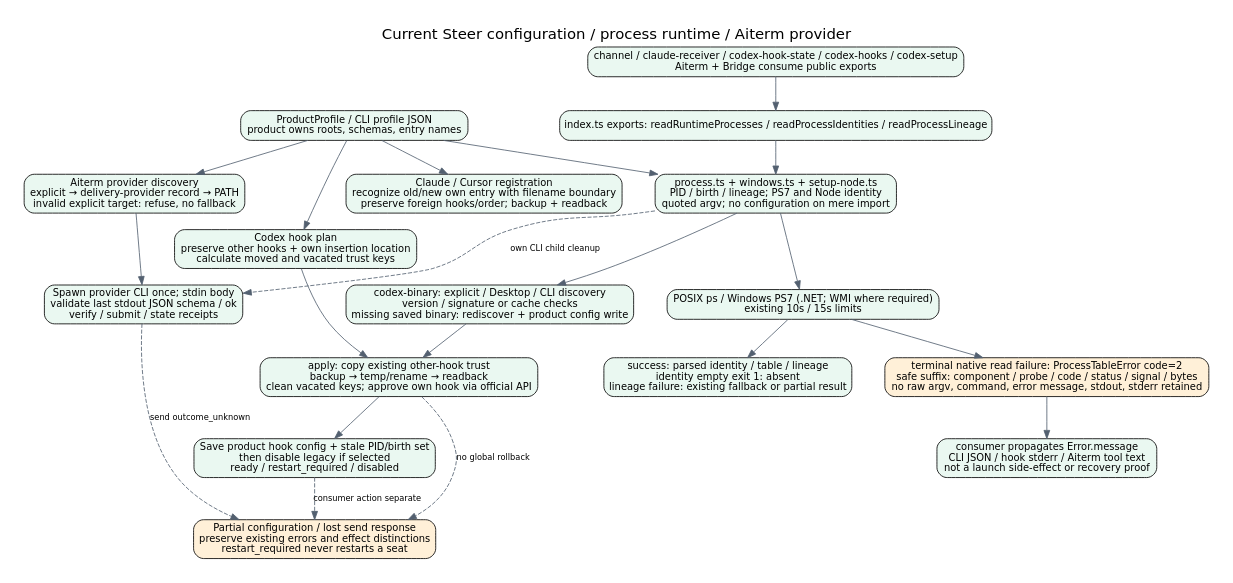
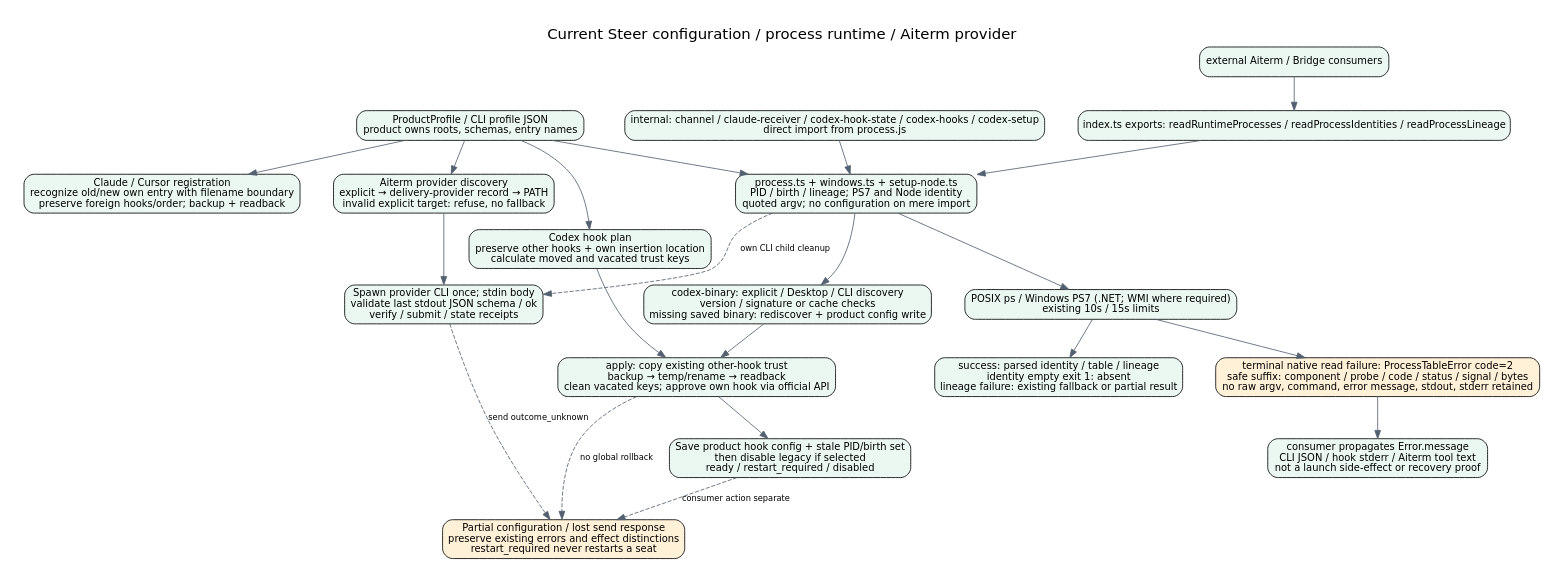
The diagram in docs/architecture/steer-setup-runtime.dot (kitepon/aiterm-steer-delivery), drawn with Graphviz before and after one commit. The commit also changed 6 other files, not shown here.

Commit message:
Correct process caller diagram and bind final verification [skip ci]

```diff
--- a/docs/architecture/steer-setup-runtime.dot
+++ b/docs/architecture/steer-setup-runtime.dot
@@ -1,33 +1,34 @@
 digraph setup {
  graph [rankdir=TB,bgcolor="white",pad=0.3,nodesep=0.55,ranksep=0.55,label="Current Steer configuration / process runtime / Aiterm provider",labelloc=t,fontname="DejaVu Sans",fontsize=18];
  node [shape=box,style="rounded,filled",fillcolor="#eaf8f1",fontname="DejaVu Sans",fontsize=12];
  edge [fontname="DejaVu Sans",fontsize=10,color="#536070"];
  profile [label="ProductProfile / CLI profile JSON\nproduct owns roots, schemas, entry names"];
  process [label="process.ts + windows.ts + setup-node.ts\nPID / birth / lineage; PS7 and Node identity\nquoted argv; no configuration on mere import"];
  binary [label="codex-binary: explicit / Desktop / CLI discovery\nversion / signature or cache checks\nmissing saved binary: rediscover + product config write"];
  plan [label="Codex hook plan\npreserve other hooks + own insertion location\ncalculate moved and vacated trust keys"];
  apply [label="apply: copy existing other-hook trust\nbackup → temp/rename → readback\nclean vacated keys; approve own hook via official API"];
  saved [label="Save product hook config + stale PID/birth set\nthen disable legacy if selected\nready / restart_required / disabled"];
  cc [label="Claude / Cursor registration\nrecognize old/new own entry with filename boundary\npreserve foreign hooks/order; backup + readback"];
  provider [label="Aiterm provider discovery\nexplicit → delivery-provider record → PATH\ninvalid explicit target: refuse, no fallback"];
  call [label="Spawn provider CLI once; stdin body\nvalidate last stdout JSON schema / ok\nverify / submit / state receipts"];
  unknown [label="Partial configuration / lost send response\npreserve existing errors and effect distinctions\nrestart_required never restarts a seat",fillcolor="#fff0d8"];
  profile -> process;profile -> plan;process -> binary;binary -> apply;plan -> apply;apply -> saved;profile -> cc;
  profile -> provider;provider -> call;process -> call [style=dashed,label="own CLI child cleanup"];
  apply -> unknown [style=dashed,label="no global rollback"];call -> unknown [style=dashed,label="send outcome_unknown"];saved -> unknown [style=dashed,label="consumer action separate"];
  entry [label="index.ts exports: readRuntimeProcesses / readProcessIdentities / readProcessLineage"];
- caller [label="channel / claude-receiver / codex-hook-state / codex-hooks / codex-setup
-Aiterm + Bridge consume public exports"];
+ caller [label="internal: channel / claude-receiver / codex-hook-state / codex-hooks / codex-setup
+direct import from process.js"];
  os [label="POSIX ps / Windows PS7 (.NET; WMI where required)
 existing 10s / 15s limits"];
  result [label="success: parsed identity / table / lineage
 identity empty exit 1: absent
 lineage failure: existing fallback or partial result"];
  failure [label="terminal native read failure: ProcessTableError code=2
 safe suffix: component / probe / code / status / signal / bytes
 no raw argv, command, error message, stdout, stderr retained",fillcolor="#fff0d8"];
  display [label="consumer propagates Error.message
 CLI JSON / hook stderr / Aiterm tool text
 not a launch side-effect or recovery proof"];
- caller -> entry;entry -> process;process -> os;os -> result;os -> failure;failure -> display;
+ external [label="external Aiterm / Bridge consumers"];
+ caller -> process;external -> entry;entry -> process;process -> os;os -> result;os -> failure;failure -> display;
 }
```
